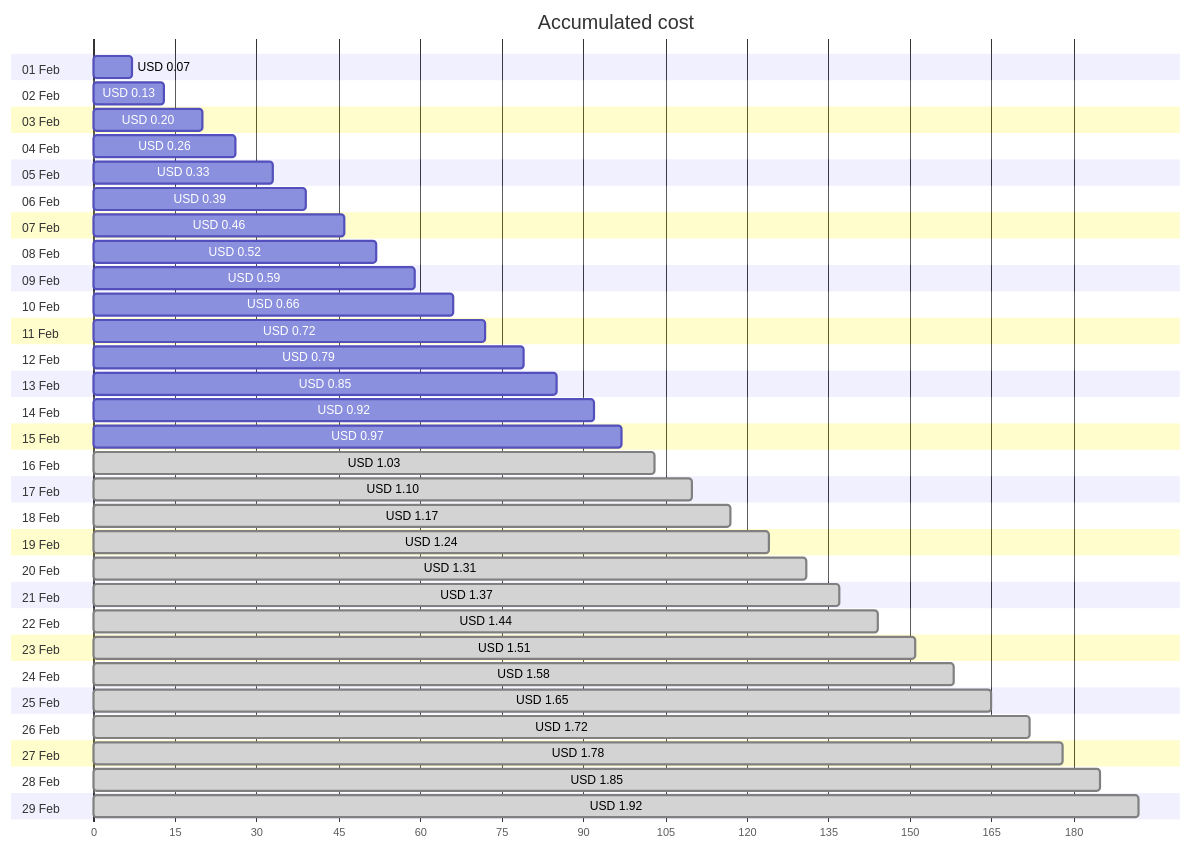
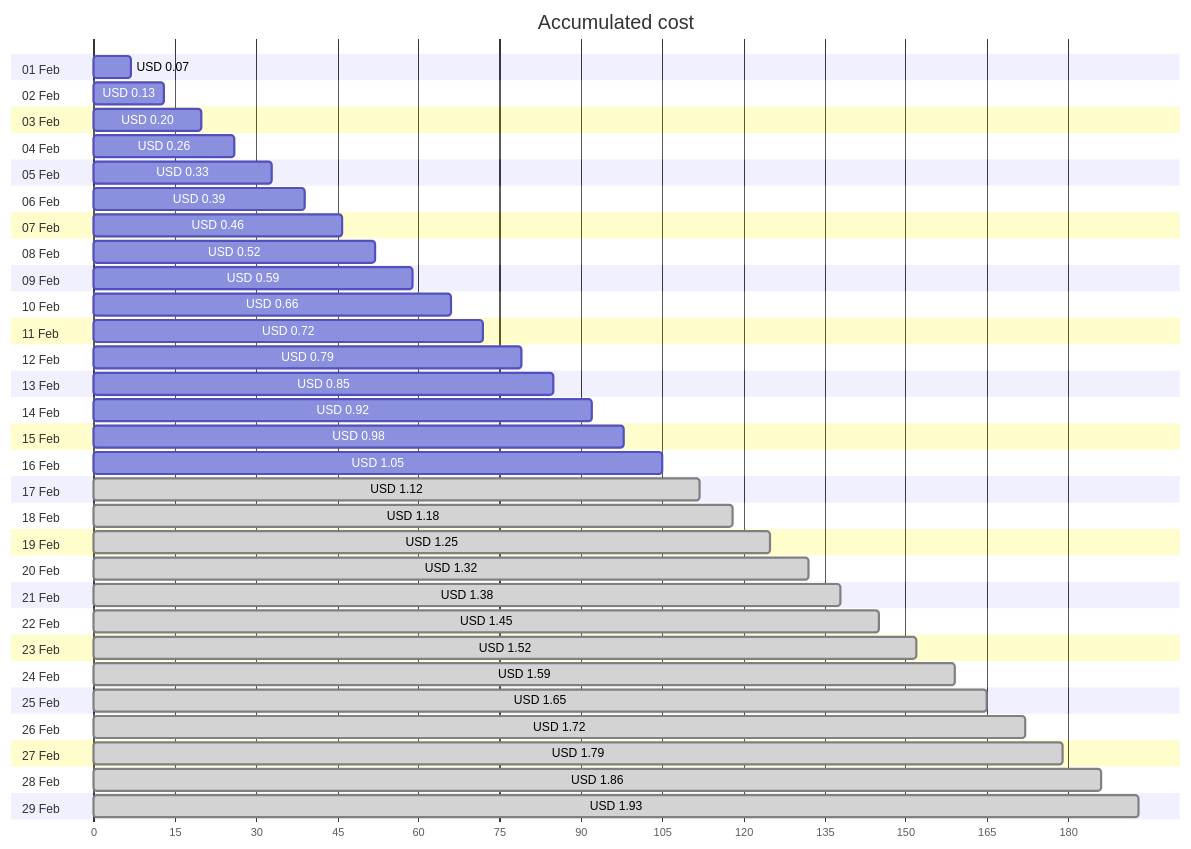
One commit to jpfulton/azure-personal-reports changed the first of 4 diagrams in cost-reports/personal-network/vpn-server_OsDisk.md. Above: the diagram before and after it, drawn with Mermaid. The commit also changed other lines of this file and 8 other files, not shown here.

````diff
--- a/cost-reports/personal-network/vpn-server_OsDisk.md
+++ b/cost-reports/personal-network/vpn-server_OsDisk.md
@@ -20,64 +20,64 @@
 ```mermaid
 gantt
    title Accumulated cost
    dateFormat  X
    axisFormat %s
    section 01 Feb
    USD 0.07 :0, 7
    section 02 Feb
    USD 0.13 :0, 13
    section 03 Feb
    USD 0.20 :0, 20
    section 04 Feb
    USD 0.26 :0, 26
    section 05 Feb
    USD 0.33 :0, 33
    section 06 Feb
    USD 0.39 :0, 39
    section 07 Feb
    USD 0.46 :0, 46
    section 08 Feb
    USD 0.52 :0, 52
    section 09 Feb
    USD 0.59 :0, 59
    section 10 Feb
    USD 0.66 :0, 66
    section 11 Feb
    USD 0.72 :0, 72
    section 12 Feb
    USD 0.79 :0, 79
    section 13 Feb
    USD 0.85 :0, 85
    section 14 Feb
    USD 0.92 :0, 92
    section 15 Feb
-   USD 0.97 :0, 97
+   USD 0.98 :0, 98
    section 16 Feb
-   USD 1.03 : done, 0, 103
+   USD 1.05 :0, 105
    section 17 Feb
-   USD 1.10 : done, 0, 110
+   USD 1.12 : done, 0, 112
    section 18 Feb
-   USD 1.17 : done, 0, 117
+   USD 1.18 : done, 0, 118
    section 19 Feb
-   USD 1.24 : done, 0, 124
+   USD 1.25 : done, 0, 125
    section 20 Feb
-   USD 1.31 : done, 0, 131
+   USD 1.32 : done, 0, 132
    section 21 Feb
-   USD 1.37 : done, 0, 137
+   USD 1.38 : done, 0, 138
    section 22 Feb
-   USD 1.44 : done, 0, 144
+   USD 1.45 : done, 0, 145
    section 23 Feb
-   USD 1.51 : done, 0, 151
+   USD 1.52 : done, 0, 152
    section 24 Feb
-   USD 1.58 : done, 0, 158
+   USD 1.59 : done, 0, 159
    section 25 Feb
    USD 1.65 : done, 0, 165
    section 26 Feb
    USD 1.72 : done, 0, 172
    section 27 Feb
-   USD 1.78 : done, 0, 178
+   USD 1.79 : done, 0, 179
    section 28 Feb
-   USD 1.85 : done, 0, 185
+   USD 1.86 : done, 0, 186
    section 29 Feb
-   USD 1.92 : done, 0, 192
+   USD 1.93 : done, 0, 193
 ```
````
